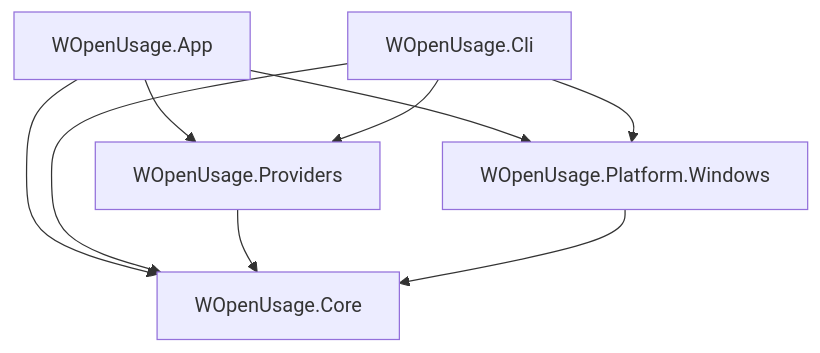
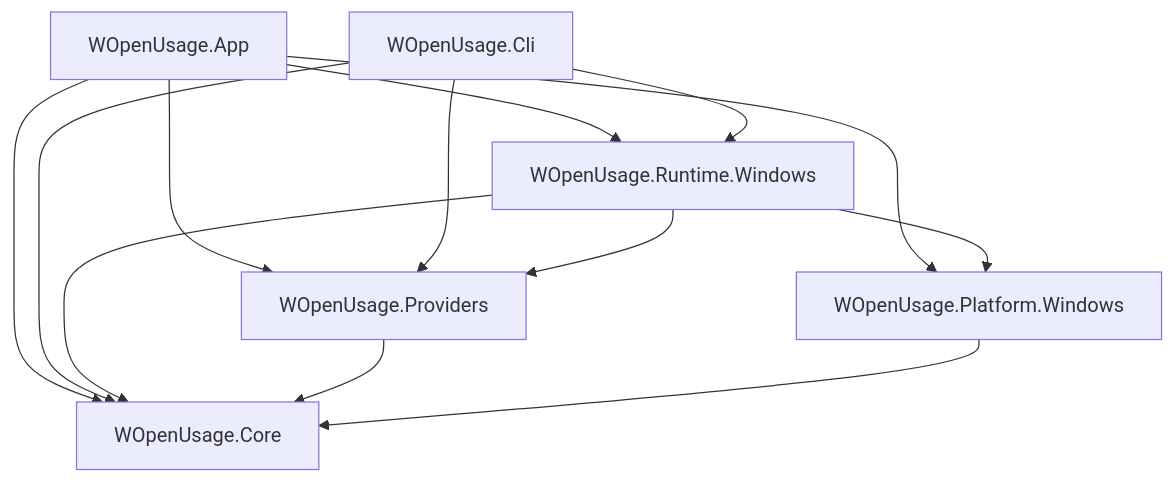
Before and after one commit to gvastethecreator/tokenusage: the first of 2 diagrams in docs/architecture/ADR-0001-windows-native-baseline.md, drawn with Mermaid. The commit also changed other lines of this file and 23 other files, not shown here.

````diff
--- a/docs/architecture/ADR-0001-windows-native-baseline.md
+++ b/docs/architecture/ADR-0001-windows-native-baseline.md
@@ -39,11 +40,15 @@
 ```mermaid
 flowchart TD
     App["WOpenUsage.App"] --> Core["WOpenUsage.Core"]
     App --> Providers["WOpenUsage.Providers"]
     App --> Windows["WOpenUsage.Platform.Windows"]
+    App --> Runtime["WOpenUsage.Runtime.Windows"]
     CLI["WOpenUsage.Cli"] --> Core
     CLI --> Providers
-    CLI --> Windows
+    CLI --> Runtime
+    Runtime --> Core
+    Runtime --> Providers
+    Runtime --> Windows
     Providers --> Core
     Windows --> Core
 ```
````
